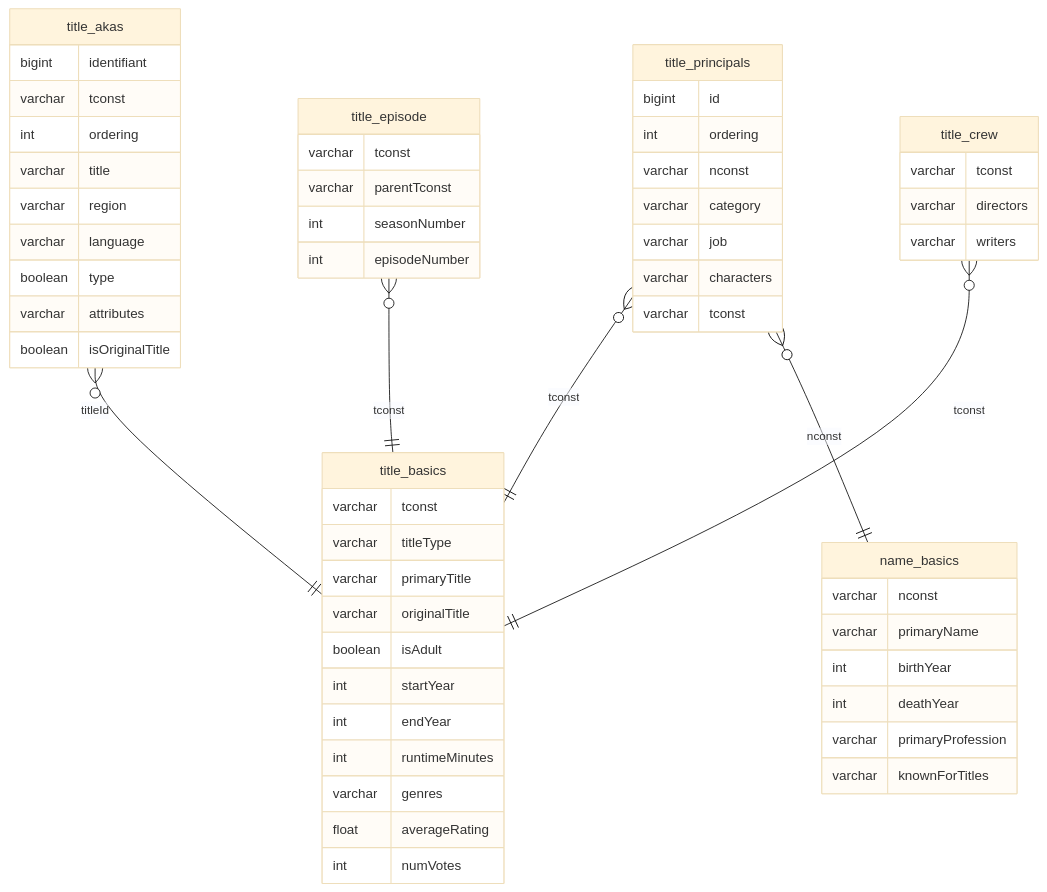
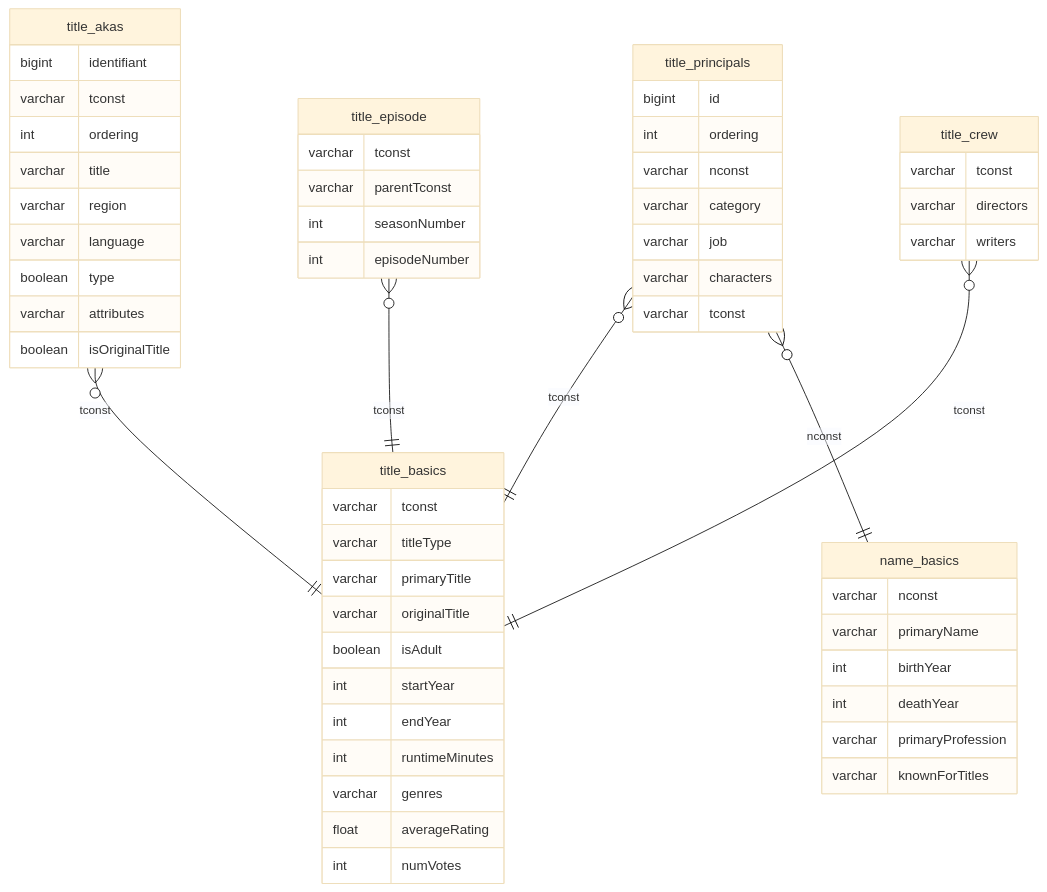
The diagram in README.md (MelodyDuplaix/Netfloox_g0_JohnBondouxDuplaix), drawn with Mermaid (base theme) before and after one commit.

Commit message:
Fix: correction d'un nom de clé étrangère sur le MCD

````diff
--- a/README.md
+++ b/README.md
@@ -67,61 +67,61 @@
 ```mermaid
 erDiagram
-    title_akas }o--|| title_basics : titleId
+    title_akas }o--|| title_basics : tconst
     title_akas {
         bigint identifiant
         varchar tconst
         int ordering
         varchar title
         varchar region
         varchar language
         boolean type
         varchar attributes
         boolean isOriginalTitle
     } 
     title_basics {
         varchar tconst
         varchar titleType
         varchar primaryTitle
         varchar originalTitle
         boolean isAdult
         int startYear
         int endYear
         int runtimeMinutes
         varchar genres
         float averageRating
         int numVotes
     }
     title_principals }o--|| title_basics : tconst
     title_principals {
         bigint id
         int ordering
         varchar nconst
         varchar category
         varchar job
         varchar characters
         varchar tconst
     }
     title_episode }o--|| title_basics : tconst
     title_episode {
         varchar tconst
         varchar parentTconst
         int seasonNumber
         int episodeNumber
     }
     title_crew }o--|| title_basics : tconst
     title_crew {
         varchar tconst
         varchar directors
         varchar writers
     }
     title_principals }o--|| name_basics : nconst
     name_basics {
         varchar nconst
         varchar primaryName
         int birthYear
         int deathYear
         varchar primaryProfession
         varchar knownForTitles
     }
 
 ```
````
